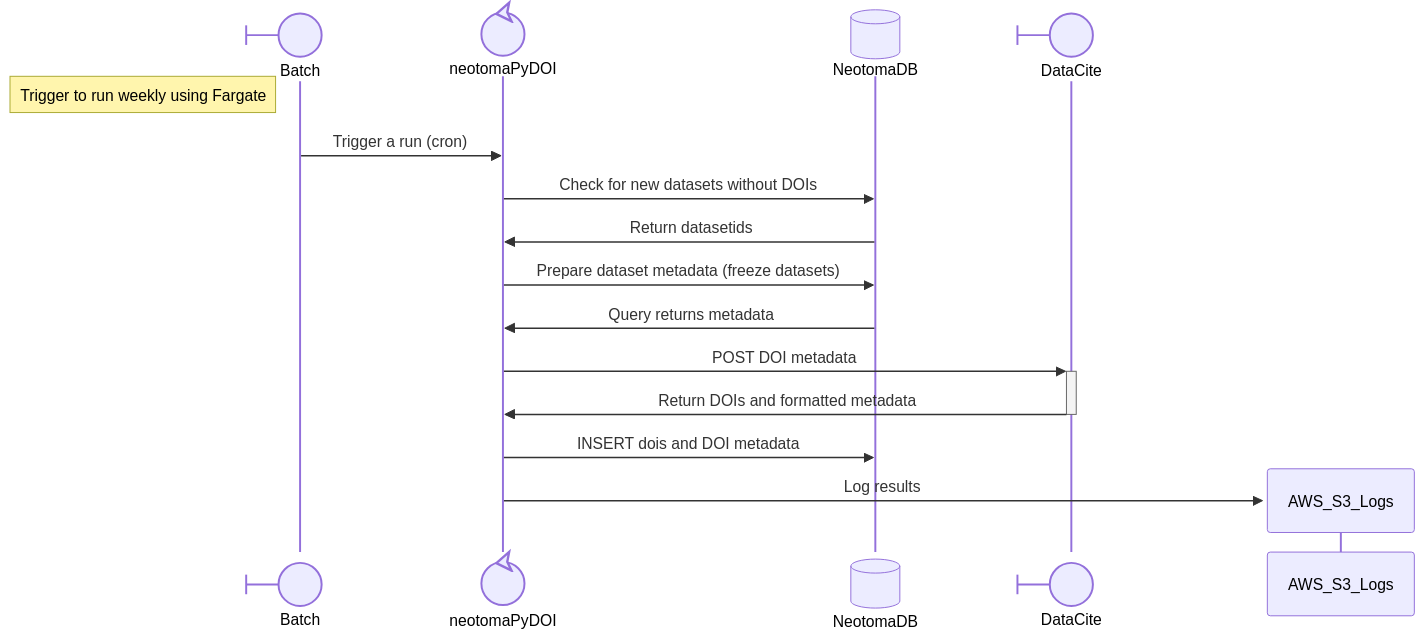
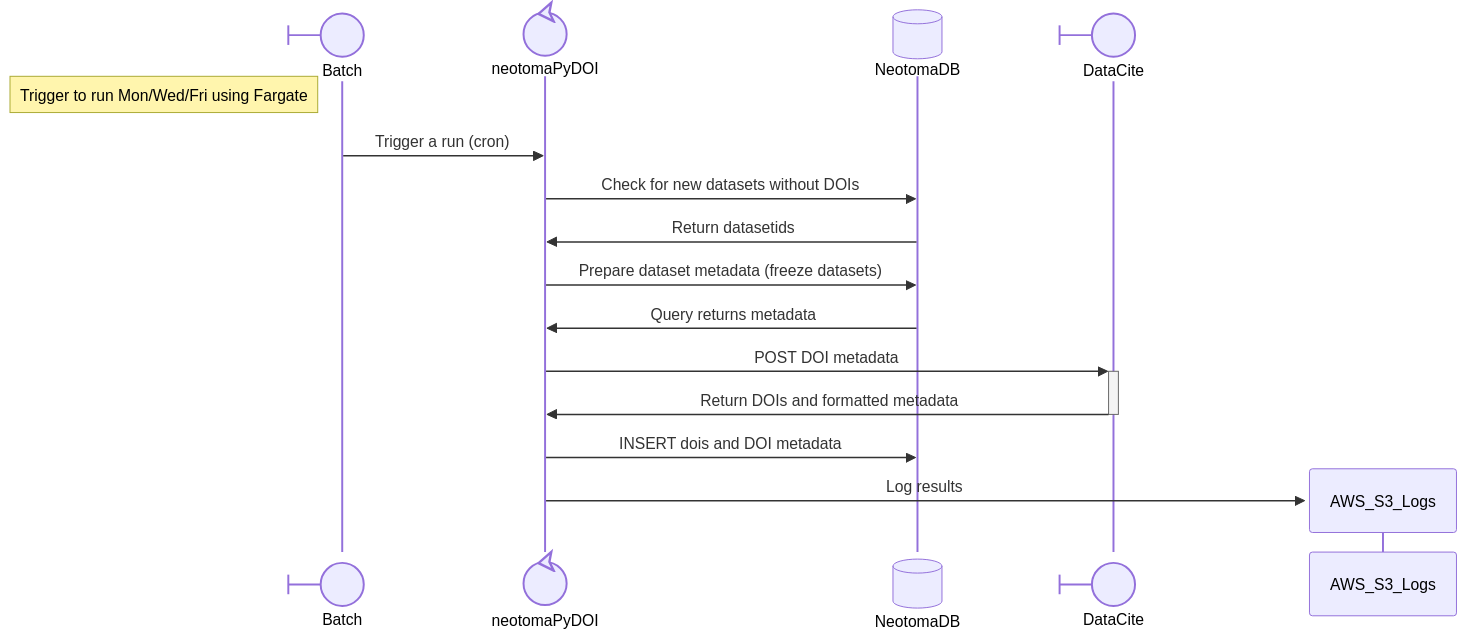
One commit to NeotomaDB/neotomapydoi changed the diagram in README.md. Above: the diagram before and after it, drawn with Mermaid. The commit also changed other lines of this file and 4 other files, not shown here.

````diff
--- a/README.md
+++ b/README.md
@@ -19,19 +19,19 @@
 ```mermaid
 sequenceDiagram
     participant Batch@{ "type":"boundary" }
     participant neotomaPyDOI@{"type":"control"}
     participant NeotomaDB@{ "type" : "database" }
     participant DataCite@{"type":"boundary"}
 
-    Note left of Batch: Trigger to run weekly using Fargate
+    Note left of Batch: Trigger to run Mon/Wed/Fri using Fargate
     Batch->>neotomaPyDOI: Trigger a run (cron)
     neotomaPyDOI->>NeotomaDB: Check for new datasets without DOIs
     NeotomaDB->>neotomaPyDOI: Return datasetids
     neotomaPyDOI->>NeotomaDB: Prepare dataset metadata (freeze datasets)
     NeotomaDB->>neotomaPyDOI: Query returns metadata
     neotomaPyDOI->>+DataCite: POST DOI metadata
     DataCite->>-neotomaPyDOI: Return DOIs and formatted metadata
     neotomaPyDOI->>NeotomaDB: INSERT dois and DOI metadata
     create participant AWS_S3_Logs
     neotomaPyDOI->>AWS_S3_Logs: Log results
 ```
````
